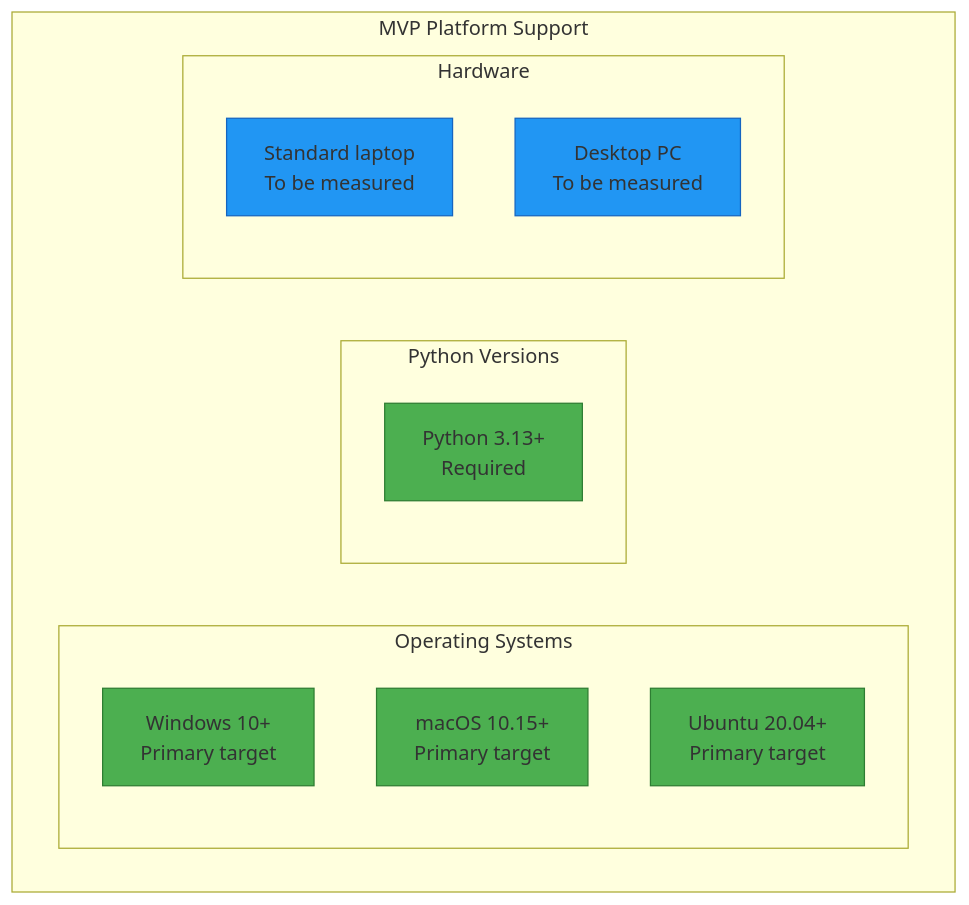
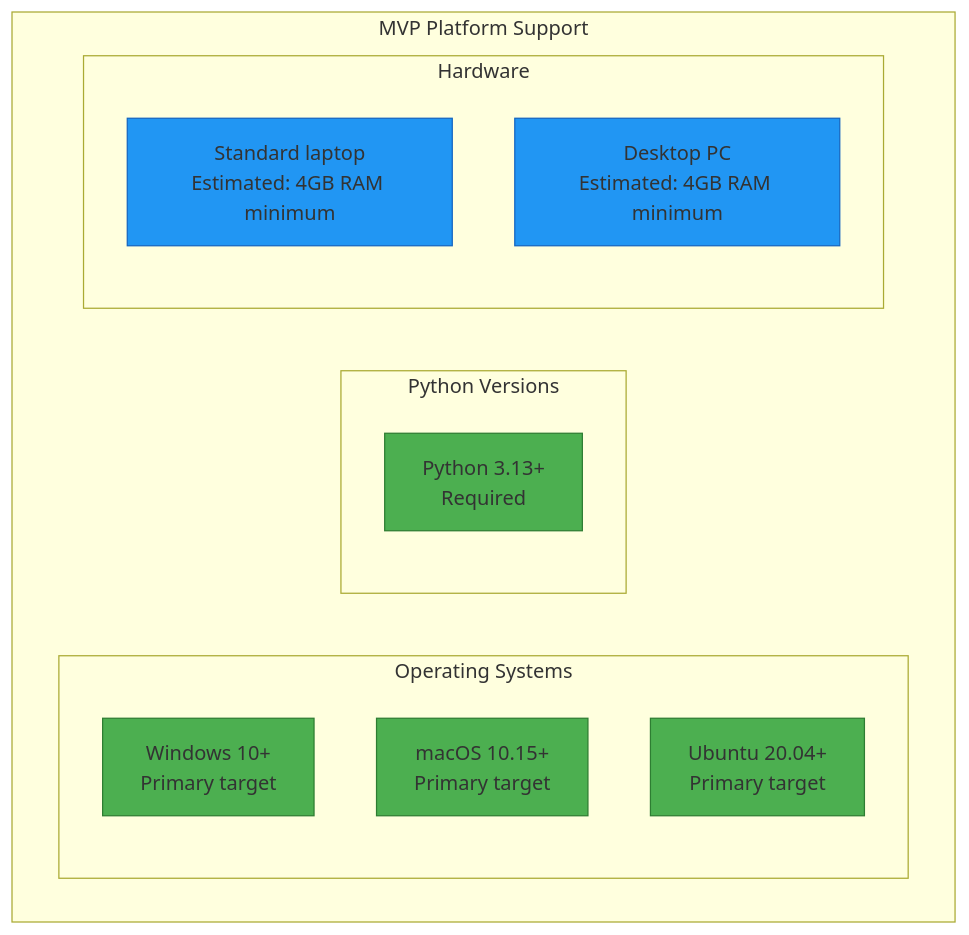
Before and after one commit to OpenRailAssociation/dac-migration-dss-popupsim: the fourth of 6 diagrams in docs/mvp/architecture/10-quality-requirements.md, drawn with Mermaid. The commit also changed other lines of this file and 22 other files, not shown here.

````diff
--- a/docs/mvp/architecture/10-quality-requirements.md
+++ b/docs/mvp/architecture/10-quality-requirements.md
@@ -182,26 +182,26 @@
 ```mermaid
 graph TB
     subgraph "MVP Platform Support"
         subgraph "Operating Systems"
             Windows[Windows 10+<br/>Primary target]
             MacOS[macOS 10.15+<br/>Primary target]
             Linux[Ubuntu 20.04+<br/>Primary target]
         end
 
         subgraph "Python Versions"
             Python313[Python 3.13+<br/>Required]
         end
 
         subgraph "Hardware"
-            Laptop[Standard laptop<br/>To be measured]
-            Desktop[Desktop PC<br/>To be measured]
+            Laptop[Standard laptop<br/>Estimated: 4GB RAM minimum]
+            Desktop[Desktop PC<br/>Estimated: 4GB RAM minimum]
         end
     end
 
     classDef primary fill:#4caf50,stroke:#2e7d32
     classDef secondary fill:#ff9800,stroke:#e65100
     classDef hardware fill:#2196f3,stroke:#1565c0
 
     class Windows,MacOS,Linux,Python313 primary
     class Laptop,Desktop hardware
 ```
````
